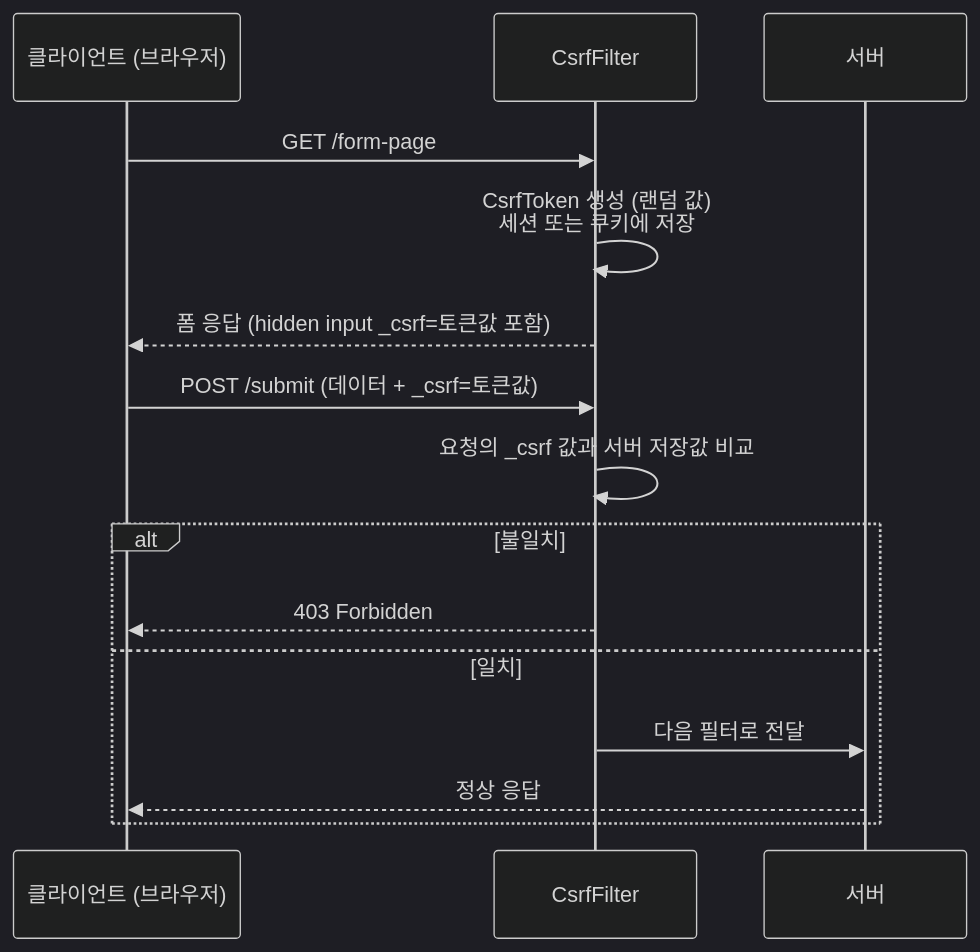
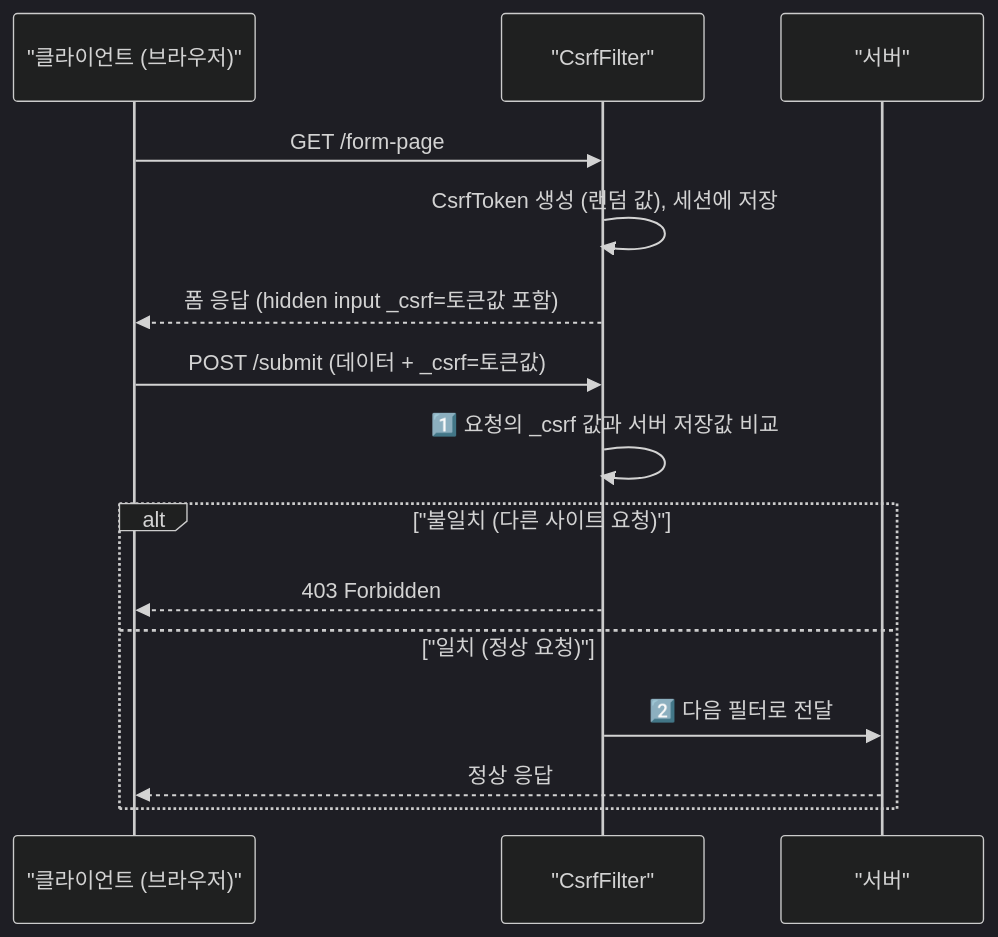
One commit to yjkim2015/yjkim2015.github.io changed the fifth of 5 diagrams in _posts/spring/2026-05-01-spring-security-architecture.md. Above: the diagram before and after it, drawn with Mermaid (dark theme). The commit also changed other lines of this file and 34 other files, not shown here.

First line of the commit message:
Full quality pass: 41 files — ASCII removed, 동작원리 보강, diagrams

```diff
--- a/_posts/spring/2026-05-01-spring-security-architecture.md
+++ b/_posts/spring/2026-05-01-spring-security-architecture.md
@@ -413,19 +250,19 @@
 <div class="mermaid">
 sequenceDiagram
-    participant C as 클라이언트 (브라우저)
-    participant CF as CsrfFilter
-    participant S as 서버
+    participant C as "클라이언트 (브라우저)"
+    participant CF as "CsrfFilter"
+    participant S as "서버"
 
     C->>CF: GET /form-page
-    CF->>CF: CsrfToken 생성 (랜덤 값)<br>세션 또는 쿠키에 저장
+    CF->>CF: CsrfToken 생성 (랜덤 값), 세션에 저장
     CF-->>C: 폼 응답 (hidden input _csrf=토큰값 포함)
 
     C->>CF: POST /submit (데이터 + _csrf=토큰값)
-    CF->>CF: 요청의 _csrf 값과 서버 저장값 비교
-    alt 불일치
+    CF->>CF: 1️⃣ 요청의 _csrf 값과 서버 저장값 비교
+    alt "불일치 (다른 사이트 요청)"
         CF-->>C: 403 Forbidden
-    else 일치
-        CF->>S: 다음 필터로 전달
+    else "일치 (정상 요청)"
+        CF->>S: 2️⃣ 다음 필터로 전달
         S-->>C: 정상 응답
     end
 </div>
```
